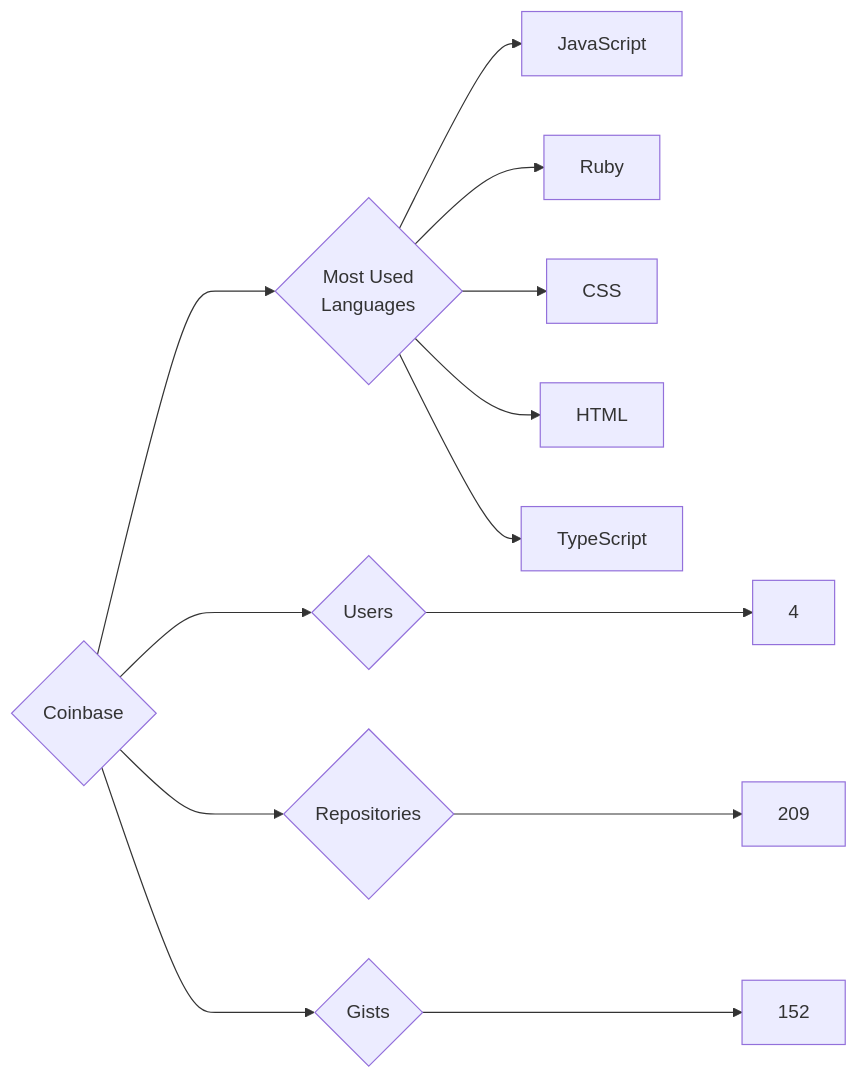
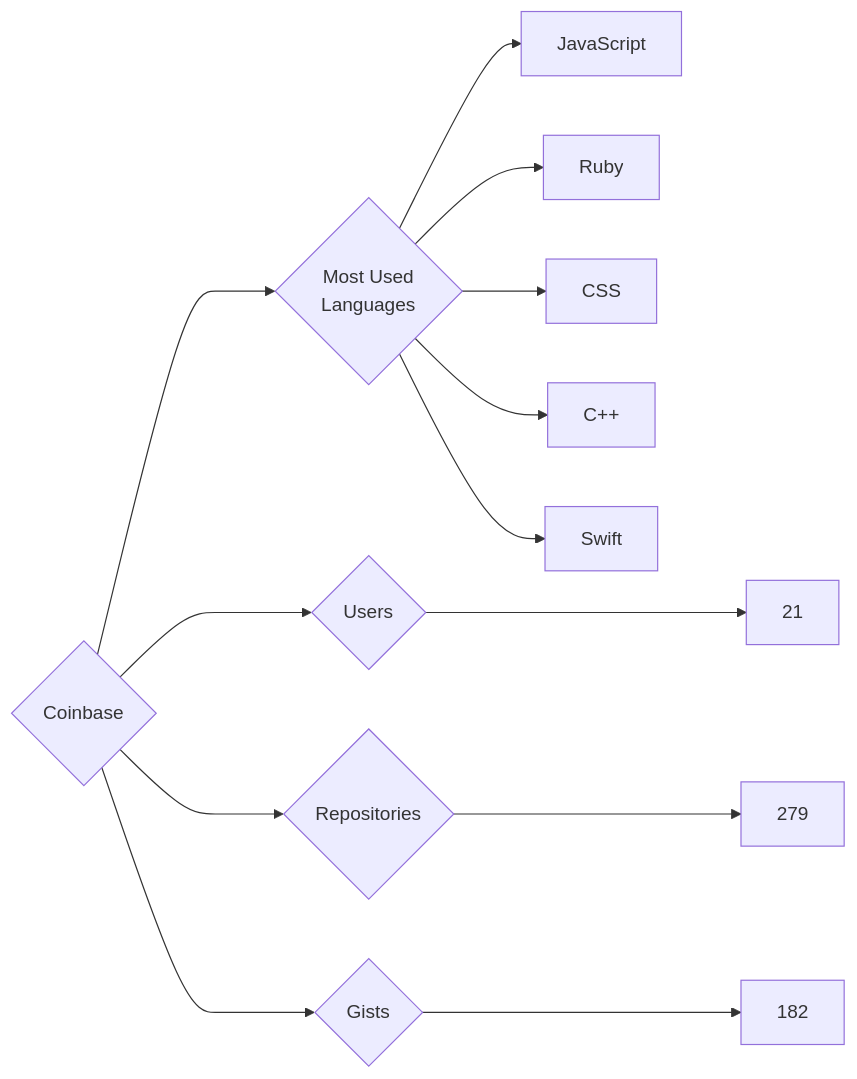
The diagram in targets/Coinbase/README.md (trickest/insiders), drawn with Mermaid before and after one commit. The commit also changed 748 other files, not shown here.

````diff
--- a/targets/Coinbase/README.md
+++ b/targets/Coinbase/README.md
@@ -3,13 +3,13 @@
 ```mermaid
 graph LR
 COMPANY_NAME{Coinbase}
-COMPANY_NAME ---> U{Users} ---> UN[4]
-COMPANY_NAME ---> R{Repositories} ---> RN[209]
-COMPANY_NAME ---> G{Gists} ---> GN[152]
+COMPANY_NAME ---> U{Users} ---> UN[21]
+COMPANY_NAME ---> R{Repositories} ---> RN[279]
+COMPANY_NAME ---> G{Gists} ---> GN[182]
 COMPANY_NAME ---> ML{Most Used<br>Languages}
 ML --> JavaScript[JavaScript]
 ML --> Ruby[Ruby]
 ML --> CSS[CSS]
-ML --> HTML[HTML]
-ML --> TypeScript[TypeScript]
+ML --> C++[C++]
+ML --> Swift[Swift]
 ```
````
